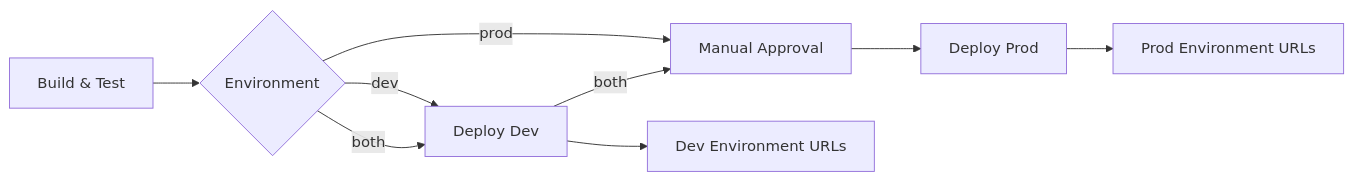
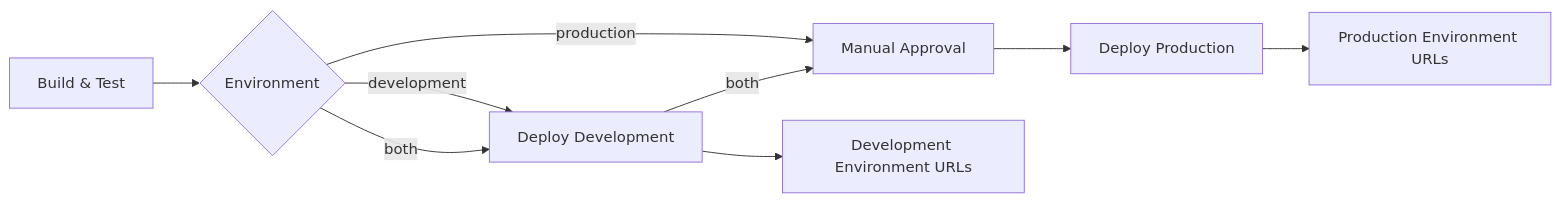
The diagram in docs/MULTI_ENVIRONMENT_DEPLOYMENT.md (christopherhouse/Azure-Web-Content-Share), drawn with Mermaid before and after one commit. The commit also changed other lines of this file and 4 other files, not shown here.

Commit message:
Update environment names from 'dev'/'prod' to 'development'/'production' and deploy both environments on push to main

````diff
--- a/docs/MULTI_ENVIRONMENT_DEPLOYMENT.md
+++ b/docs/MULTI_ENVIRONMENT_DEPLOYMENT.md
@@ -15,12 +15,12 @@
 ```mermaid
 graph LR
     A[Build & Test] --> B{Environment}
-    B -->|dev| C[Deploy Dev]
-    B -->|prod| D[Manual Approval]
+    B -->|development| C[Deploy Development]
+    B -->|production| D[Manual Approval]
     B -->|both| C
     C -->|both| D
-    D --> E[Deploy Prod]
+    D --> E[Deploy Production]
     
-    C --> F[Dev Environment URLs]
-    E --> G[Prod Environment URLs]
+    C --> F[Development Environment URLs]
+    E --> G[Production Environment URLs]
 ```
````
